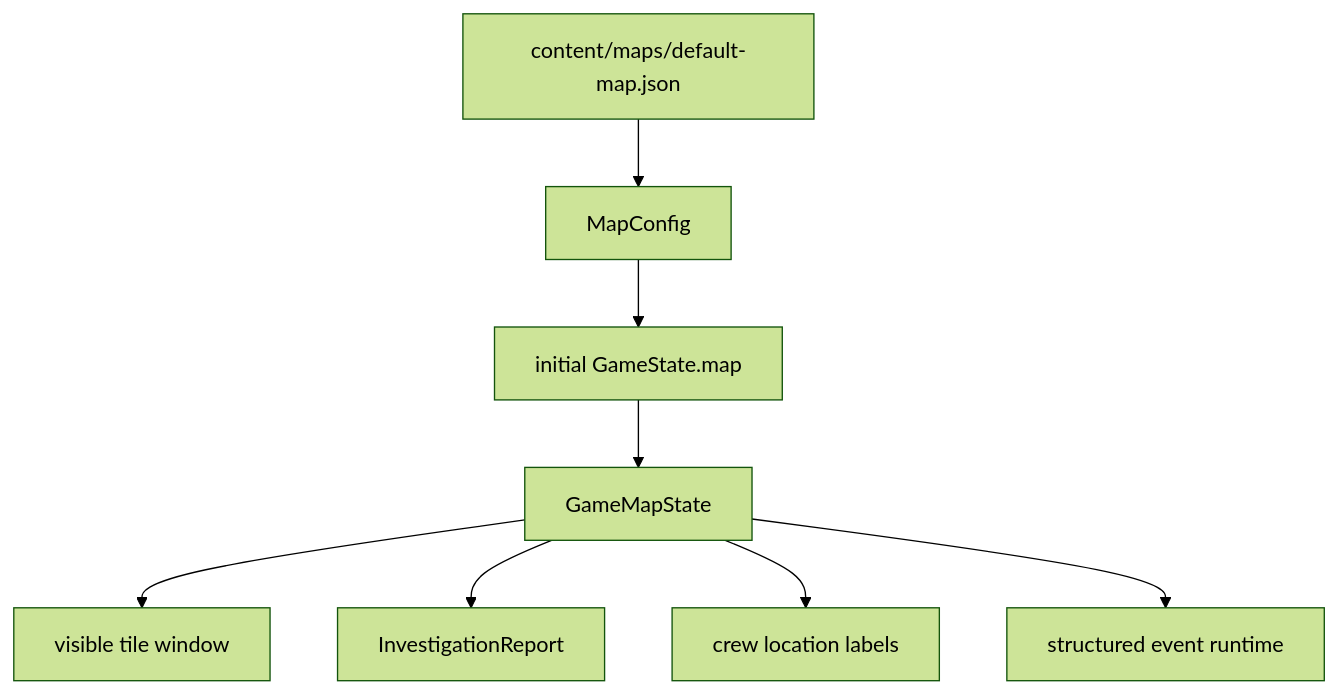
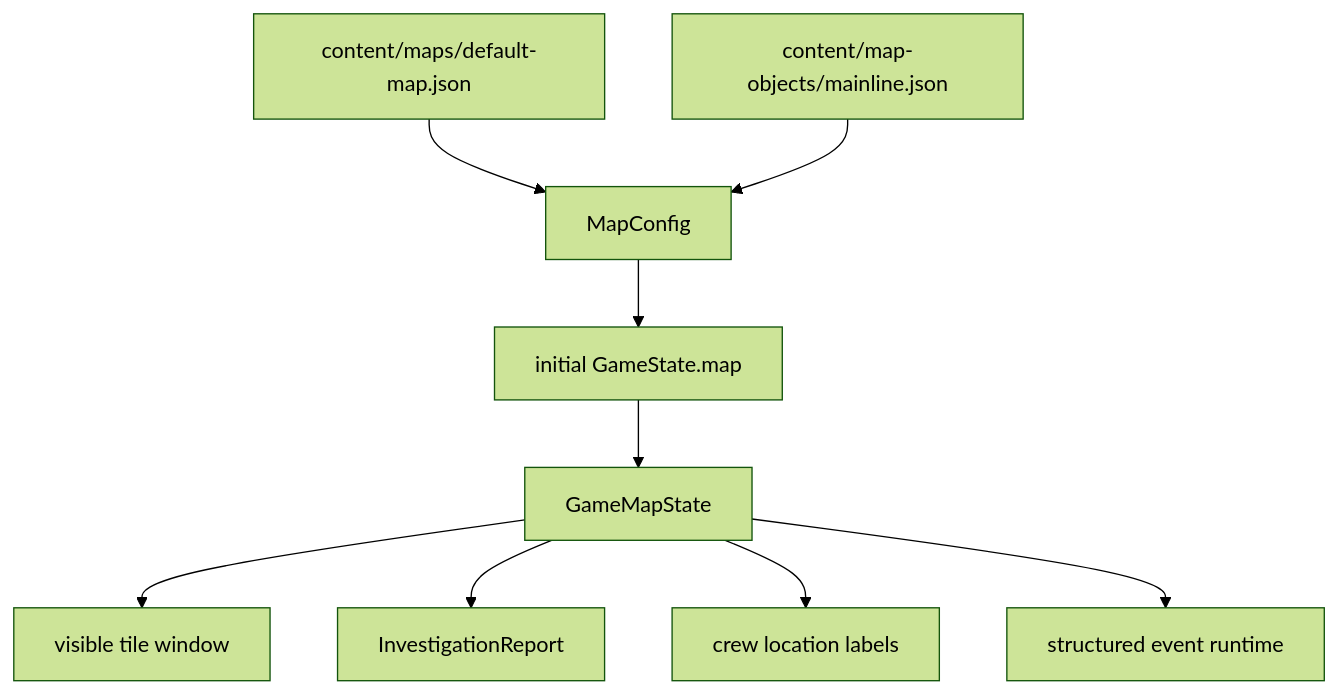
Before and after one commit to Hikaru518/stellar-frontier: the diagram in docs/game_model/map.md, drawn with Mermaid (forest theme). The commit also changed other lines of this file and 4 other files, not shown here.

````diff
--- a/docs/game_model/map.md
+++ b/docs/game_model/map.md
@@ -20,10 +20,11 @@
 ```mermaid
 flowchart TD
   MapJson["content/maps/default-map.json"] --> MapConfig["MapConfig"]
+  ObjectJson["content/map-objects/mainline.json"] --> MapConfig
   MapConfig --> InitialMap["initial GameState.map"]
   InitialMap --> GameMapState["GameMapState"]
   GameMapState --> VisibleWindow["visible tile window"]
   GameMapState --> InvestigationReport["InvestigationReport"]
   GameMapState --> CrewLocation["crew location labels"]
   GameMapState --> EventRuntime["structured event runtime"]
 ```
````
